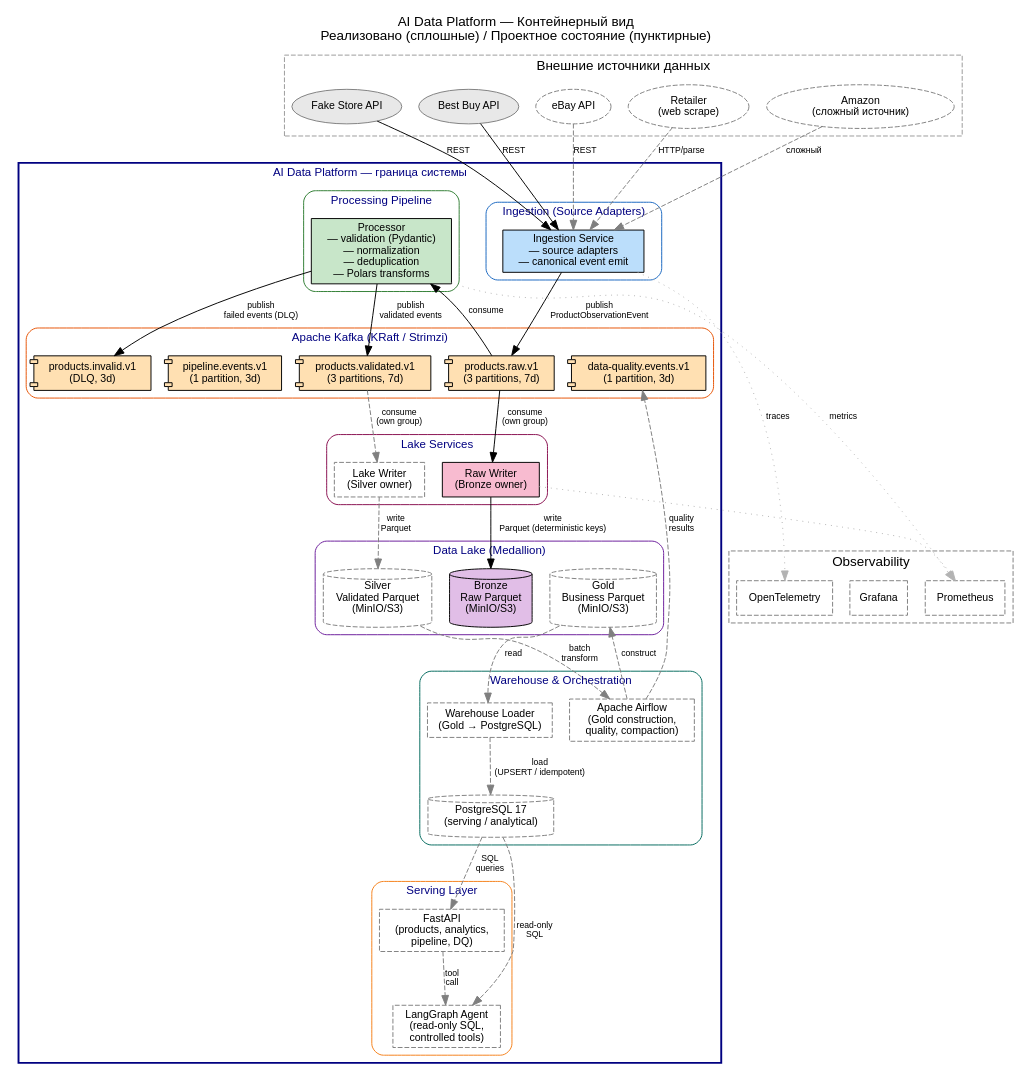
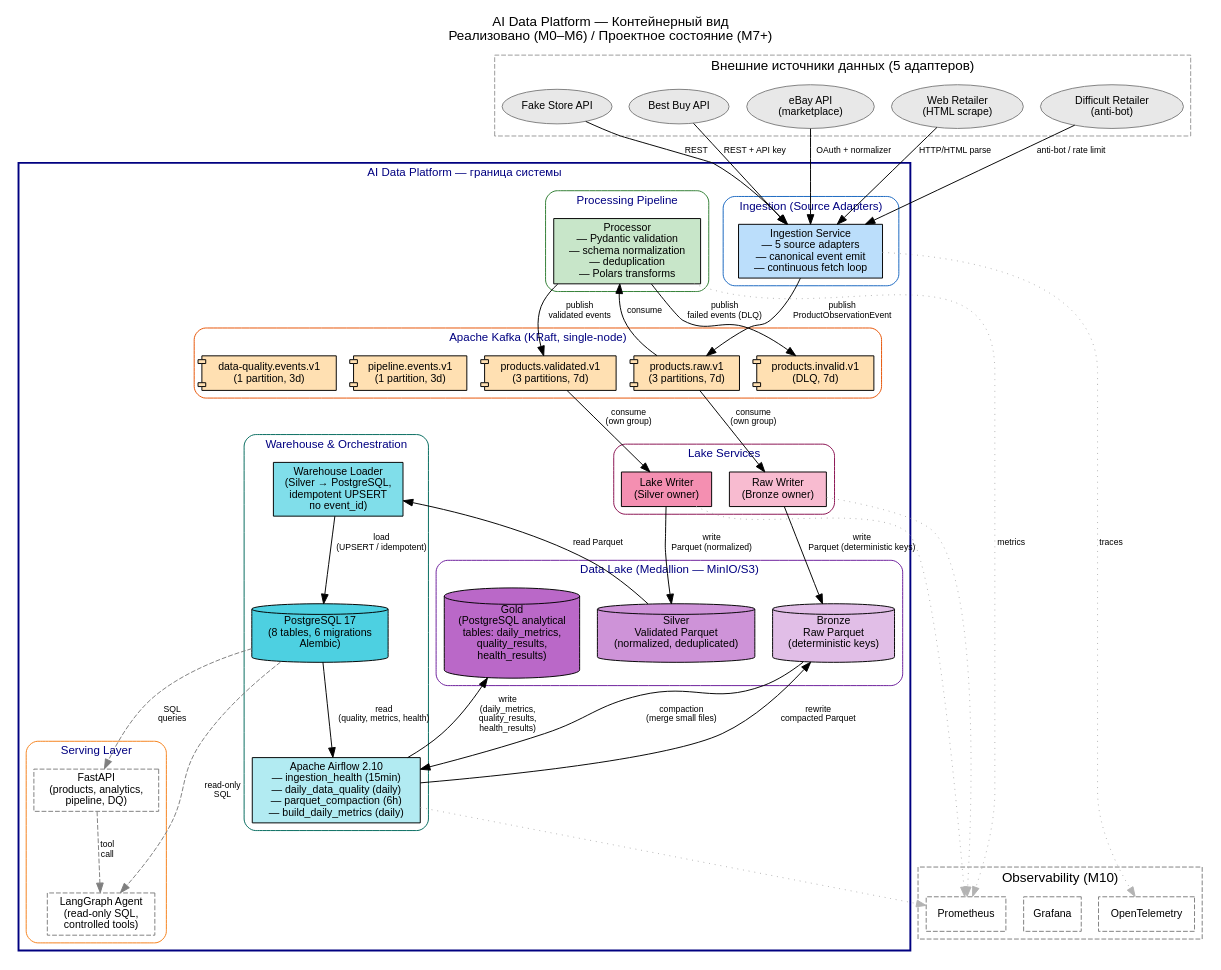
One commit to igorsavinkin/agentic-data-engineering-platform changed the diagram in docs/architecture-communication/container-view.dot. Above: the diagram before and after it, drawn with Graphviz. The commit also changed 7 other files, not shown here.

First line of the commit message:
docs: Update architecture diagram to M0-6; fix of integration test cleanup to handle determenistic replay keys and stale data from previous runs

```diff
--- a/docs/architecture-communication/container-view.dot
+++ b/docs/architecture-communication/container-view.dot
@@ -1,183 +1,187 @@
 // Контейнерный вид — AI Data Platform
 // Формат: Graphviz DOT | rankdir=TB | Qoder Canvas совместимый
+// Обновлено: 2026-09-18 (Milestone 0-6 реализованы, TASK-001–TASK-062)
 //
 // Легенда:
 //   [прямоугольник]        — сервис / контейнер
 //   {ромб}                 — Kafka-топик
 //   [(цилиндр)]            — хранилище данных
 //   ((круг))               — внешний источник
-//   Сплошная линия         — подтверждено кодом (high confidence)
-//   Пунктирная линия       — проектное состояние (target, не реализовано)
+//   Сплошная линия         — реализовано (TASK-001–TASK-062)
+//   Пунктирная линия       — проектное состояние (Milestone 7+, не реализовано)
 
 digraph "AI Data Platform — Контейнерный вид" {
     rankdir=TB
     fontname="Helvetica"
     node [fontname="Helvetica", fontsize=11, style=filled]
     edge [fontname="Helvetica", fontsize=9]
-    label="AI Data Platform — Контейнерный вид\nРеализовано (сплошные) / Проектное состояние (пунктирные)"
+    label="AI Data Platform — Контейнерный вид\nРеализовано (M0–M6) / Проектное состояние (M7+)"
     labelloc=t
     fontsize=14
 
     // === Внешние источники ===
     subgraph cluster_sources {
-        label="Внешние источники данных"
+        label="Внешние источники данных (5 адаптеров)"
         style=dashed
         color=grey60
         node [shape=ellipse, fillcolor="#E8E8E8", color=grey50]
 
         src_fakestore  [label="Fake Store API"]
         src_bestbuy    [label="Best Buy API"]
-        src_ebay       [label="eBay API", style=dashed, color=grey50]
-        src_retailer   [label="Retailer\n(web scrape)", style=dashed, color=grey50]
-        src_amazon     [label="Amazon\n(сложный источник)", style=dashed, color=grey50]
+        src_ebay       [label="eBay API\n(marketplace)"]
+        src_retailer   [label="Web Retailer\n(HTML scrape)"]
+        src_difficult  [label="Difficult Retailer\n(anti-bot)"]
     }
 
     // === Граница платформы ===
     subgraph cluster_platform {
         label="AI Data Platform — граница системы"
         style=bold
         color=navy
         fontcolor=navy
         fontsize=12
 
         // --- Ingestion ---
         subgraph cluster_ingestion {
             label="Ingestion (Source Adapters)"
             style=rounded
             fillcolor="#E3F2FD"
             color="#1565C0"
 
-            ingestion [label="Ingestion Service\n— source adapters\n— canonical event emit", shape=box, fillcolor="#BBDEFB"]
+            ingestion [label="Ingestion Service\n— 5 source adapters\n— canonical event emit\n— continuous fetch loop", shape=box, fillcolor="#BBDEFB"]
         }
 
         // --- Kafka ---
         subgraph cluster_kafka {
-            label="Apache Kafka (KRaft / Strimzi)"
+            label="Apache Kafka (KRaft, single-node)"
             style=rounded
             fillcolor="#FFF3E0"
             color="#E65100"
 
             node [shape=component, fillcolor="#FFE0B2"]
 
             topic_raw       [label="products.raw.v1\n(3 partitions, 7d)"]
             topic_validated [label="products.validated.v1\n(3 partitions, 7d)"]
-            topic_invalid   [label="products.invalid.v1\n(DLQ, 3d)"]
+            topic_invalid   [label="products.invalid.v1\n(DLQ, 7d)"]
             topic_pipeline  [label="pipeline.events.v1\n(1 partition, 3d)"]
             topic_dq        [label="data-quality.events.v1\n(1 partition, 3d)"]
         }
 
         // --- Processing ---
         subgraph cluster_processing {
             label="Processing Pipeline"
             style=rounded
             fillcolor="#E8F5E9"
             color="#2E7D32"
 
-            processor [label="Processor\n— validation (Pydantic)\n— normalization\n— deduplication\n— Polars transforms", shape=box, fillcolor="#C8E6C9"]
+            processor [label="Processor\n— Pydantic validation\n— schema normalization\n— deduplication\n— Polars transforms", shape=box, fillcolor="#C8E6C9"]
         }
 
         // --- Data Lake ---
         subgraph cluster_lake {
-            label="Data Lake (Medallion)"
+            label="Data Lake (Medallion — MinIO/S3)"
             style=rounded
             fillcolor="#F3E5F5"
             color="#6A1B9A"
 
             node [shape=cylinder]
 
-            bronze [label="Bronze\nRaw Parquet\n(MinIO/S3)", fillcolor="#E1BEE7"]
-            silver [label="Silver\nValidated Parquet\n(MinIO/S3)", fillcolor="#CE93D8", style=dashed, color=grey50]
-            gold   [label="Gold\nBusiness Parquet\n(MinIO/S3)", fillcolor="#BA68C8", style=dashed, color=grey50]
+            bronze [label="Bronze\nRaw Parquet\n(deterministic keys)", fillcolor="#E1BEE7"]
+            silver [label="Silver\nValidated Parquet\n(normalized, deduplicated)", fillcolor="#CE93D8"]
+            gold   [label="Gold\n(PostgreSQL analytical\ntables: daily_metrics,\nquality_results,\nhealth_results)", fillcolor="#BA68C8"]
         }
 
         // --- Storage Services ---
         subgraph cluster_writers {
             label="Lake Services"
             style=rounded
             fillcolor="#FCE4EC"
             color="#880E4F"
 
             raw_writer   [label="Raw Writer\n(Bronze owner)", shape=box, fillcolor="#F8BBD0"]
-            lake_writer  [label="Lake Writer\n(Silver owner)", shape=box, fillcolor="#F48FB1", style=dashed, color=grey50]
+            lake_writer  [label="Lake Writer\n(Silver owner)", shape=box, fillcolor="#F48FB1"]
         }
 
         // --- Orchestration & Warehouse ---
         subgraph cluster_warehouse {
             label="Warehouse & Orchestration"
             style=rounded
             fillcolor="#E0F7FA"
             color="#00695C"
 
-            airflow  [label="Apache Airflow\n(Gold construction,\nquality, compaction)", shape=box, fillcolor="#B2EBF2", style=dashed, color=grey50]
-            wh_loader [label="Warehouse Loader\n(Gold → PostgreSQL)", shape=box, fillcolor="#80DEEA", style=dashed, color=grey50]
-            pg       [label="PostgreSQL 17\n(serving / analytical)", shape=cylinder, fillcolor="#4DD0E1", style=dashed, color=grey50]
+            airflow  [label="Apache Airflow 2.10\n— ingestion_health (15min)\n— daily_data_quality (daily)\n— parquet_compaction (6h)\n— build_daily_metrics (daily)", shape=box, fillcolor="#B2EBF2"]
+            wh_loader [label="Warehouse Loader\n(Silver → PostgreSQL,\nidempotent UPSERT\nпо event_id)", shape=box, fillcolor="#80DEEA"]
+            pg       [label="PostgreSQL 17\n(8 tables, 6 migrations\nAlembic)", shape=cylinder, fillcolor="#4DD0E1"]
         }
 
         // --- Serving ---
         subgraph cluster_serving {
             label="Serving Layer"
             style=rounded
             fillcolor="#FFF9C4"
             color="#F57F17"
 
             api    [label="FastAPI\n(products, analytics,\npipeline, DQ)", shape=box, fillcolor="#FFF59D", style=dashed, color=grey50]
             agent  [label="LangGraph Agent\n(read-only SQL,\ncontrolled tools)", shape=box, fillcolor="#FFF176", style=dashed, color=grey50]
         }
     }
 
-    // === Observability (отдельный блок) ===
+    // === Observability ===
     subgraph cluster_observability {
-        label="Observability"
+        label="Observability (M10)"
         style=dashed
         color=grey50
         node [shape=box, fillcolor="#F5F5F5", color=grey50, style=dashed]
 
         prometheus [label="Prometheus"]
         grafana    [label="Grafana"]
         otel       [label="OpenTelemetry"]
     }
 
     // === Рёбра: внешние источники → ingestion ===
     src_fakestore -> ingestion [label="REST"]
-    src_bestbuy   -> ingestion [label="REST"]
-    src_ebay      -> ingestion [label="REST", style=dashed, color=grey50]
-    src_retailer  -> ingestion [label="HTTP/parse", style=dashed, color=grey50]
-    src_amazon    -> ingestion [label="сложный", style=dashed, color=grey50]
+    src_bestbuy   -> ingestion [label="REST + API key"]
+    src_ebay      -> ingestion [label="OAuth + normalizer"]
+    src_retailer  -> ingestion [label="HTTP/HTML parse"]
+    src_difficult -> ingestion [label="anti-bot / rate limit"]
 
     // === Ingestion → Kafka ===
     ingestion -> topic_raw [label="publish\nProductObservationEvent"]
 
     // === Kafka → Processing ===
     topic_raw -> processor [label="consume"]
 
     // === Processing → Kafka (validated / invalid) ===
     processor -> topic_validated [label="publish\nvalidated events"]
     processor -> topic_invalid   [label="publish\nfailed events (DLQ)"]
 
     // === Kafka → Writers ===
     topic_raw -> raw_writer [label="consume\n(own group)"]
-    topic_validated -> lake_writer [label="consume\n(own group)", style=dashed, color=grey50]
+    topic_validated -> lake_writer [label="consume\n(own group)"]
 
     // === Writers → Lake ===
     raw_writer -> bronze [label="write\nParquet (deterministic keys)"]
-    lake_writer -> silver [label="write\nParquet", style=dashed, color=grey50]
+    lake_writer -> silver [label="write\nParquet (normalized)"]
 
     // === Airflow ===
-    silver -> airflow [label="batch\ntransform", style=dashed, color=grey50]
-    airflow -> gold [label="construct", style=dashed, color=grey50]
-    airflow -> topic_dq [label="quality\nresults", style=dashed, color=grey50]
+    bronze -> airflow [label="compaction\n(merge small files)"]
+    airflow -> bronze [label="rewrite\ncompacted Parquet"]
+    pg -> airflow [label="read\n(quality, metrics, health)"]
+    airflow -> gold [label="write\n(daily_metrics,\nquality_results,\nhealth_results)"]
 
     // === Warehouse ===
-    gold -> wh_loader [label="read", style=dashed, color=grey50]
-    wh_loader -> pg [label="load\n(UPSERT / idempotent)", style=dashed, color=grey50]
+    silver -> wh_loader [label="read Parquet"]
+    wh_loader -> pg [label="load\n(UPSERT / idempotent)"]
 
     // === Serving ===
     pg -> api [label="SQL\nqueries", style=dashed, color=grey50]
     pg -> agent [label="read-only\nSQL", style=dashed, color=grey50]
     api -> agent [label="tool\ncall", style=dashed, color=grey50]
 
     // === Observability (пунктир ко всем) ===
     processor  -> prometheus [style=dotted, color=grey70, label="metrics"]
     raw_writer -> prometheus [style=dotted, color=grey70]
+    lake_writer -> prometheus [style=dotted, color=grey70]
+    airflow    -> prometheus [style=dotted, color=grey70]
     ingestion  -> otel       [style=dotted, color=grey70, label="traces"]
 }
```
